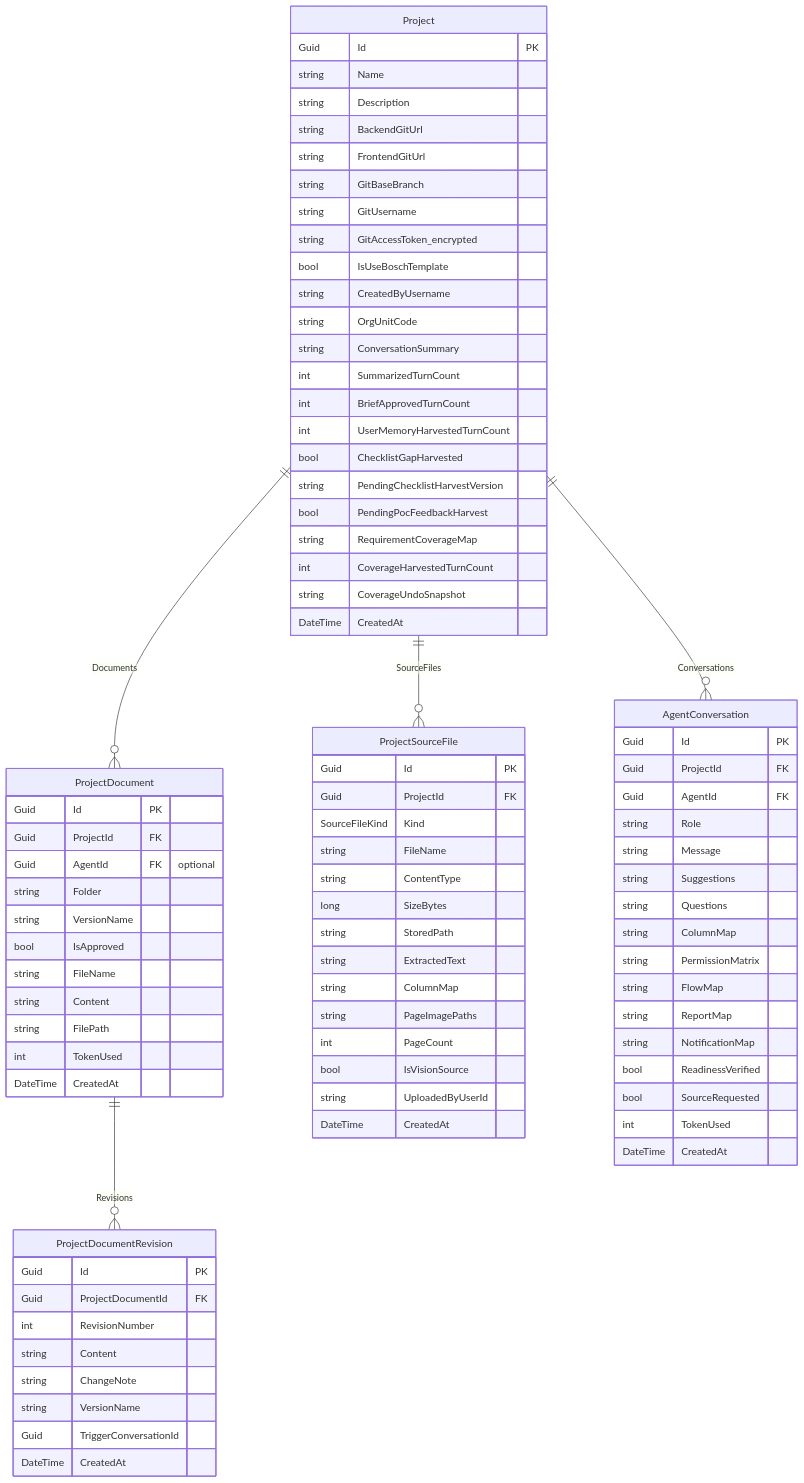
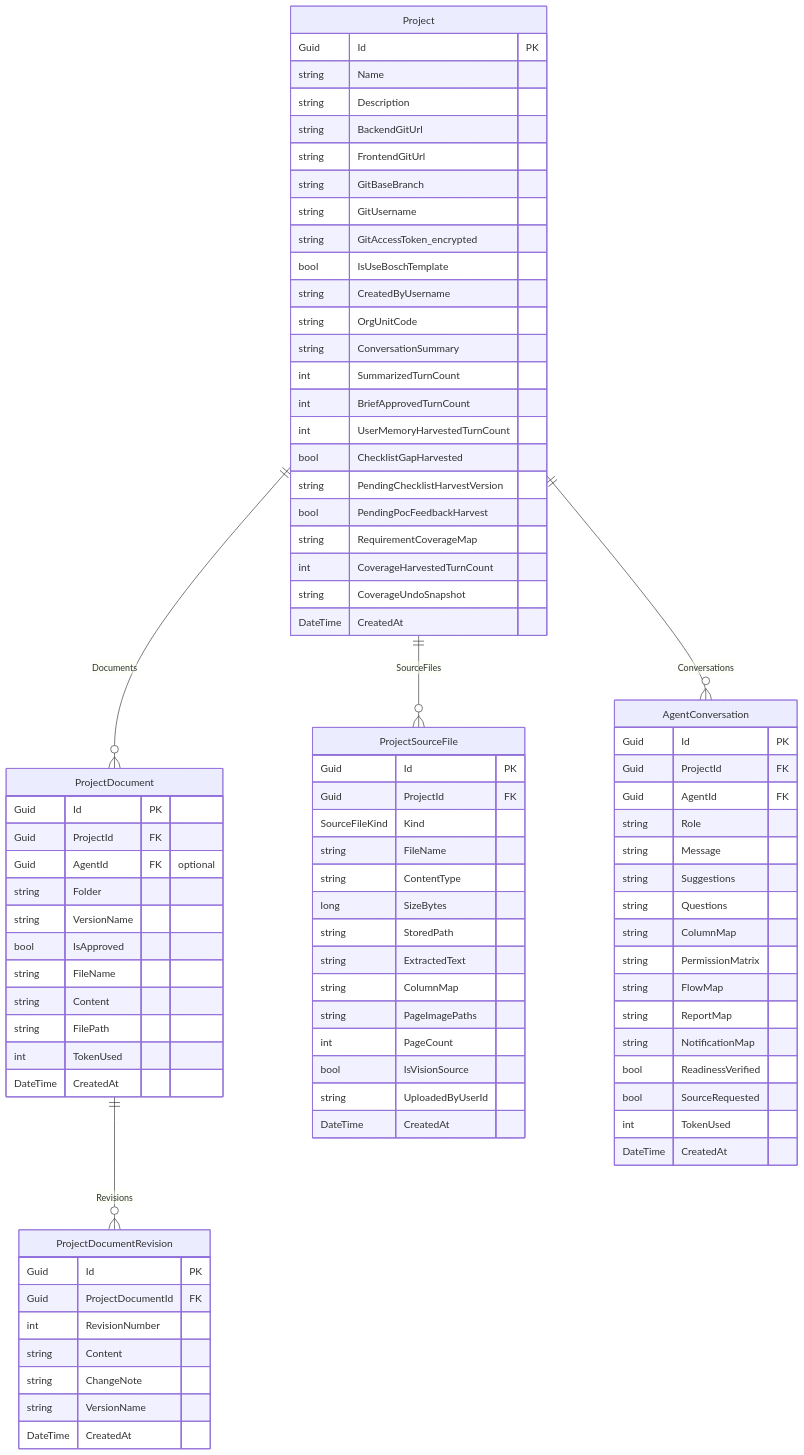
One commit to Songlong0506/ICOGenerator-v4 changed the second of 9 diagrams in docs/data-model.md. Above: the diagram before and after it, drawn with Mermaid. The commit also changed other lines of this file and 10 other files, not shown here.

```diff
--- a/docs/data-model.md
+++ b/docs/data-model.md
@@ -146,7 +146,6 @@
         string Content
         string ChangeNote
         string VersionName
-        Guid TriggerConversationId
         DateTime CreatedAt
     }
 
```
